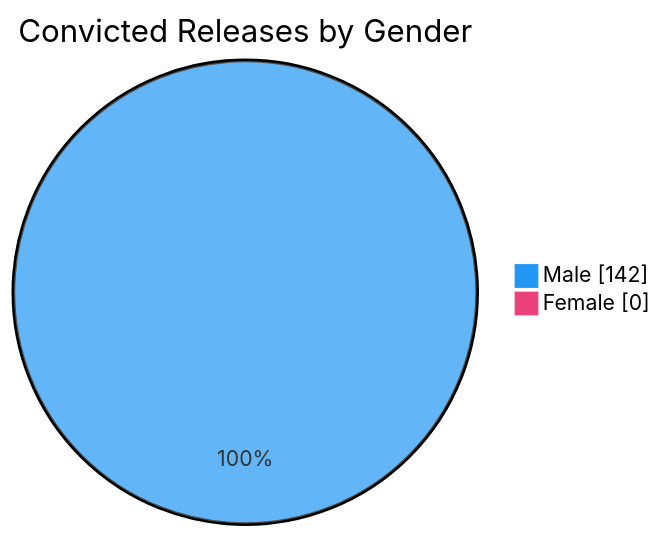
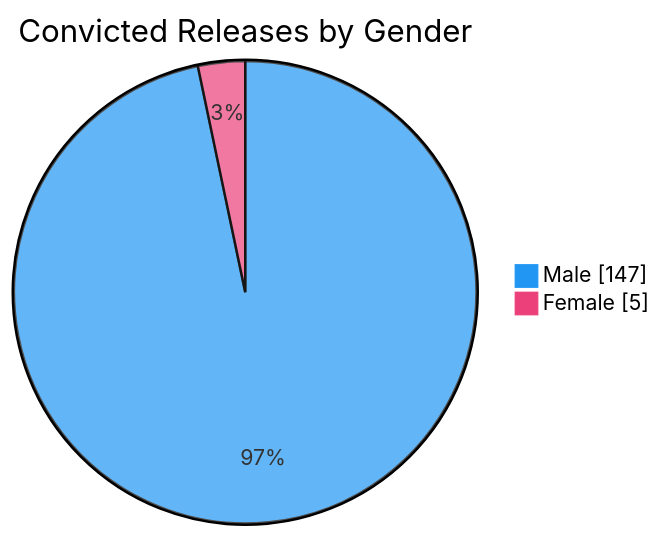
One commit to nuuuwan/lk_prisons changed the sixth of 7 diagrams in README.md. Above: the diagram before and after it, drawn with Mermaid. The commit also changed other lines of this file and 1 other file, not shown here.

````diff
--- a/README.md
+++ b/README.md
@@ -98,6 +98,6 @@
 ```mermaid
 %%{init: {'themeVariables': {'pie1': '#2196F3', 'pie2': '#EC407A'}}}%%
 pie showData title Convicted Releases by Gender
-    "Male" : 142
-    "Female" : 0
+    "Male" : 147
+    "Female" : 5
 ```
````
